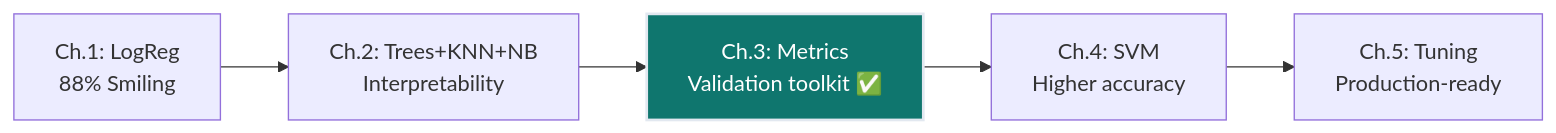
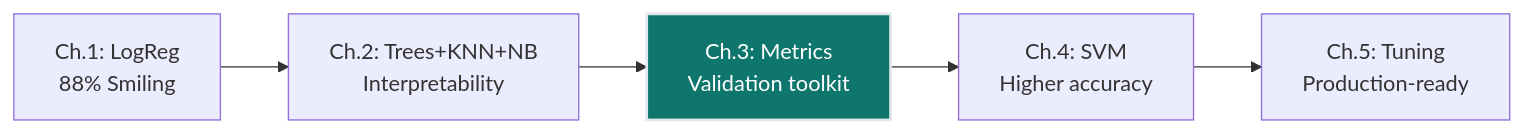
One commit to dsgouda7/ai-portfolio changed the first of 8 diagrams in notes/01-ml/02-classification/ch03_metrics/README.md. Above: the diagram before and after it, drawn with Mermaid. The commit also changed other lines of this file and 179 other files, not shown here.

````diff
--- a/notes/01-ml/02-classification/ch03_metrics/README.md
+++ b/notes/01-ml/02-classification/ch03_metrics/README.md
@@ -56,8 +56,8 @@
 ```mermaid
 graph LR
-    A["Ch.1: LogReg<br/>88% Smiling"] --> B["Ch.2: Trees+KNN+NB<br/>Interpretability"]
-    B --> C["Ch.3: Metrics<br/>Validation toolkit ✅"]
-    C --> D["Ch.4: SVM<br/>Higher accuracy"]
-    D --> E["Ch.5: Tuning<br/>Production-ready"]
-    style C fill:#0f766e,stroke:#e2e8f0,stroke-width:2px,color:#ffffff
+ A["Ch.1: LogReg<br/>88% Smiling"] --> B["Ch.2: Trees+KNN+NB<br/>Interpretability"]
+ B --> C["Ch.3: Metrics<br/>Validation toolkit "]
+ C --> D["Ch.4: SVM<br/>Higher accuracy"]
+ D --> E["Ch.5: Tuning<br/>Production-ready"]
+ style C fill:#0f766e,stroke:#e2e8f0,stroke-width:2px,color:#ffffff
 ```
````
